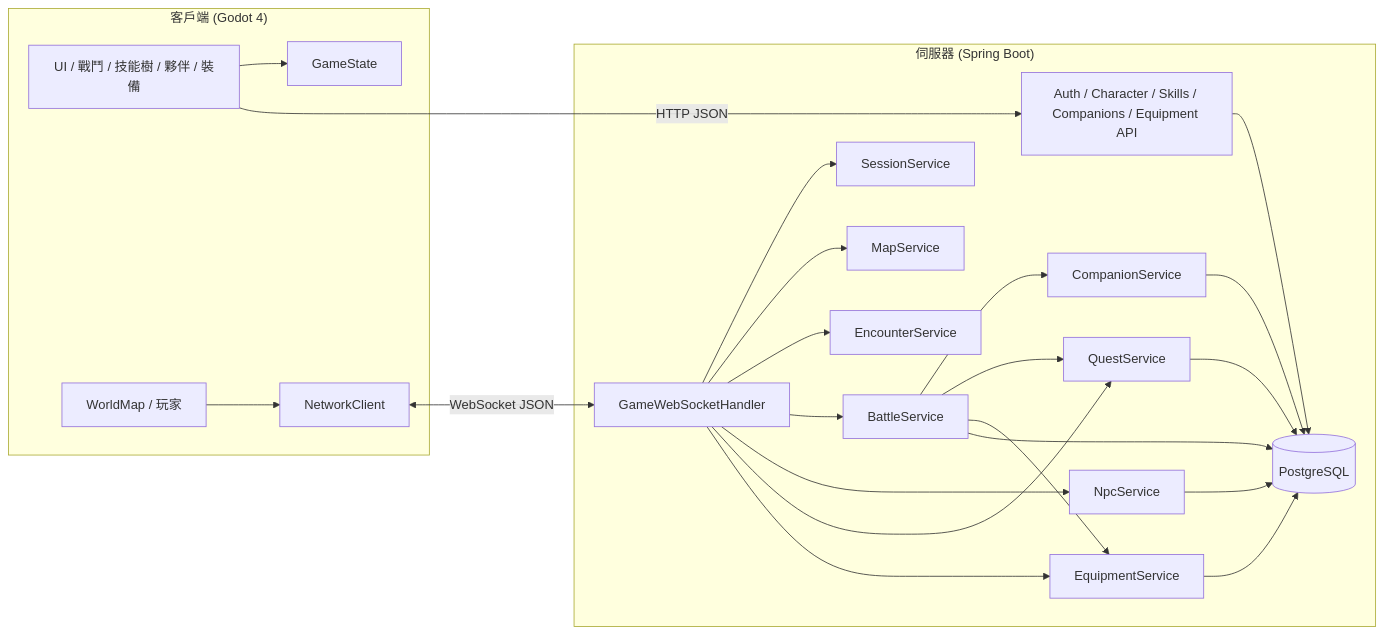
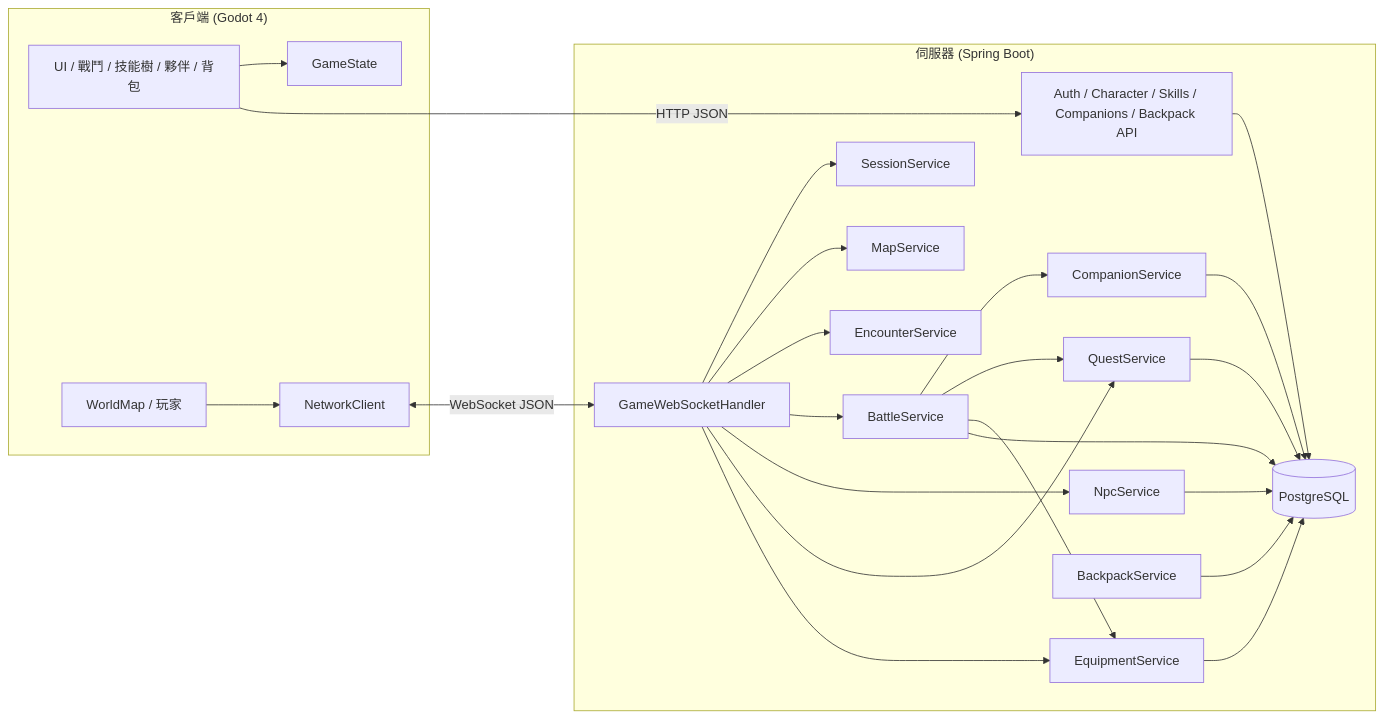
The diagram in README.md (cliffjusttest/DeJaBu), drawn with Mermaid before and after one commit. The commit also changed other lines of this file and 20 other files, not shown here.

First line of the commit message:
feat: add backpack system with inventory and companion equipment

````diff
--- a/README.md
+++ b/README.md
@@ -7,44 +7,46 @@
 ```mermaid
 flowchart LR
     subgraph Client["客戶端 (Godot 4)"]
-        UI[UI / 戰鬥 / 技能樹 / 夥伴 / 裝備]
+        UI[UI / 戰鬥 / 技能樹 / 夥伴 / 背包]
         World[WorldMap / 玩家]
         Net[NetworkClient]
         State[GameState]
     end
 
     subgraph Server["伺服器 (Spring Boot)"]
-        REST[Auth / Character / Skills / Companions / Equipment API]
+        REST[Auth / Character / Skills / Companions / Backpack API]
         WS[GameWebSocketHandler]
         Session[SessionService]
         Battle[BattleService]
         Map[MapService]
         Encounter[EncounterService]
         Companion[CompanionService]
         NPC[NpcService]
         Quest[QuestService]
         Equipment[EquipmentService]
+        Backpack[BackpackService]
         DB[(PostgreSQL)]
     end
 
     UI --> State
     World --> Net
     UI -->|HTTP JSON| REST
     Net <-->|WebSocket JSON| WS
     REST --> DB
     WS --> Session
     WS --> Map
     WS --> Encounter
     WS --> Battle
     WS --> NPC
     WS --> Quest
     WS --> Equipment
     Battle --> Companion
     Battle --> Quest
     Battle --> Equipment
     Battle --> DB
     Companion --> DB
     NPC --> DB
     Quest --> DB
     Equipment --> DB
+    Backpack --> DB
 ```
````
